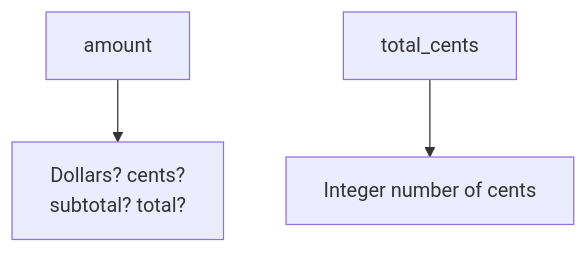
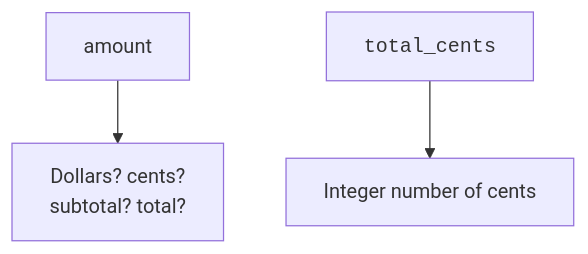
One commit to dataslope/dataslope changed the sixth of 6 diagrams in content/learn/database-design-postgresql/attributes-and-domains.mdx. Above: the diagram before and after it, drawn with Mermaid. The commit also changed other lines of this file and 153 other files, not shown here.

First line of the commit message:
Render code-only mermaid shapes in monospace; convert step sequences to Steps

````diff
--- a/content/learn/database-design-postgresql/attributes-and-domains.mdx
+++ b/content/learn/database-design-postgresql/attributes-and-domains.mdx
@@ -151,5 +151,5 @@
 ```mermaid
 flowchart TB
     Vague["amount"] --> Question["Dollars? cents?<br/>subtotal? total?"]
-    Clear["total_cents"] --> Meaning["Integer number of cents"]
+    Clear["<code>total_cents</code>"] --> Meaning["Integer number of cents"]
 ```
````
